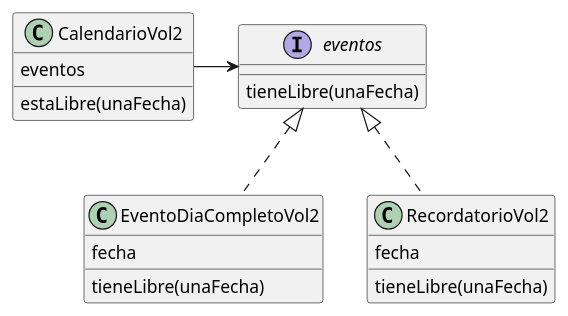
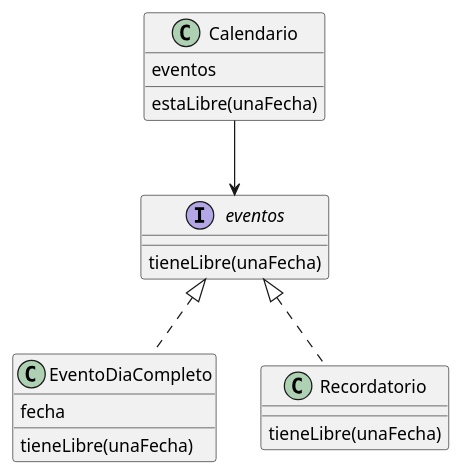
One commit to gonzivaser/Paradigmas-UTN changed the diagram in Finales/Final 18-10-2024/Objetos/ParteCDiagrama.plantuml. Above: the diagram before and after it, drawn with PlantUML. The commit also changed 6 other files, not shown here.

```diff
--- a/Finales/Final 18-10-2024/Objetos/ParteCDiagrama.plantuml
+++ b/Finales/Final 18-10-2024/Objetos/ParteCDiagrama.plantuml
@@ -1,29 +1,25 @@
 @startuml diagrama
+Class Calendario {
+    eventos 
 
-class CalendarioVol2 {
-    eventos
-
-    estaLibre(unaFecha) 
+    estaLibre(unaFecha)
 }
 
-class EventoDiaCompletoVol2 {
-    fecha
+Class EventoDiaCompleto {
+    fecha 
 
-    tieneLibre(unaFecha) 
+    tieneLibre(unaFecha)
 }
 
-class RecordatorioVol2 {
-    fecha
-
-    tieneLibre(unaFecha) 
+Class Recordatorio {
+    tieneLibre(unaFecha)
 }
 
 interface eventos {
-    tieneLibre(unaFecha) 
+    tieneLibre(unaFecha)
 }
 
-CalendarioVol2 -r-> eventos
-EventoDiaCompletoVol2 .u.|> eventos
-RecordatorioVol2 .u.|> eventos
-
+Calendario --> eventos
+EventoDiaCompleto .u.|> eventos
+Recordatorio .u.|> eventos
 @enduml
```
